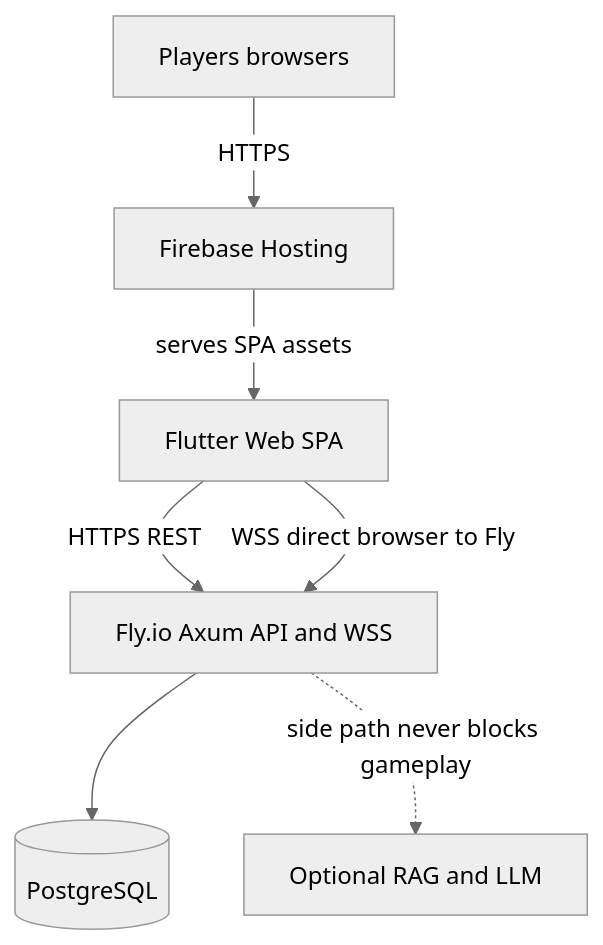
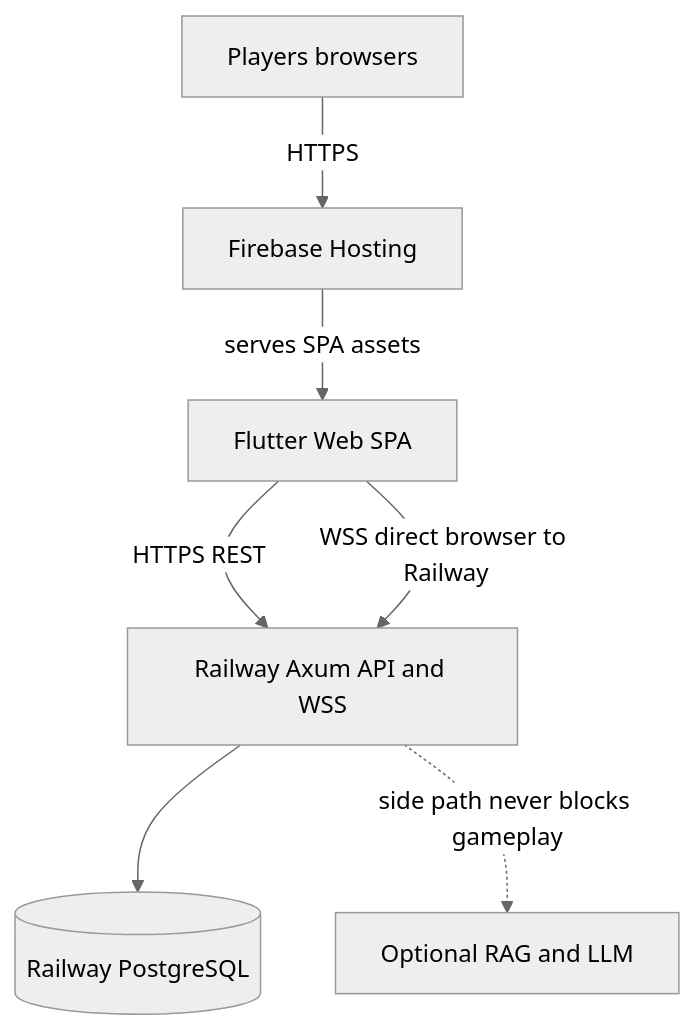
One commit to learnwithsobhit/judgment changed the first of 18 diagrams in docs/Architecture.md. Above: the diagram before and after it, drawn with Mermaid (neutral theme). The commit also changed other lines of this file and 5 other files, not shown here.

````diff
--- a/docs/Architecture.md
+++ b/docs/Architecture.md
@@ -13,16 +13,16 @@
 ```mermaid
 flowchart TB
   players[Players browsers]
   spa[Flutter Web SPA]
   firebase[Firebase Hosting]
-  api[Fly.io Axum API and WSS]
-  pg[(PostgreSQL)]
+  api[Railway Axum API and WSS]
+  pg[(Railway PostgreSQL)]
   optionalRag[Optional RAG and LLM]
 
   players -->|HTTPS| firebase
   firebase -->|serves SPA assets| spa
   spa -->|HTTPS REST| api
-  spa -->|"WSS direct browser to Fly"| api
+  spa -->|"WSS direct browser to Railway"| api
   api --> pg
   api -.->|side path never blocks gameplay| optionalRag
 ```
````
